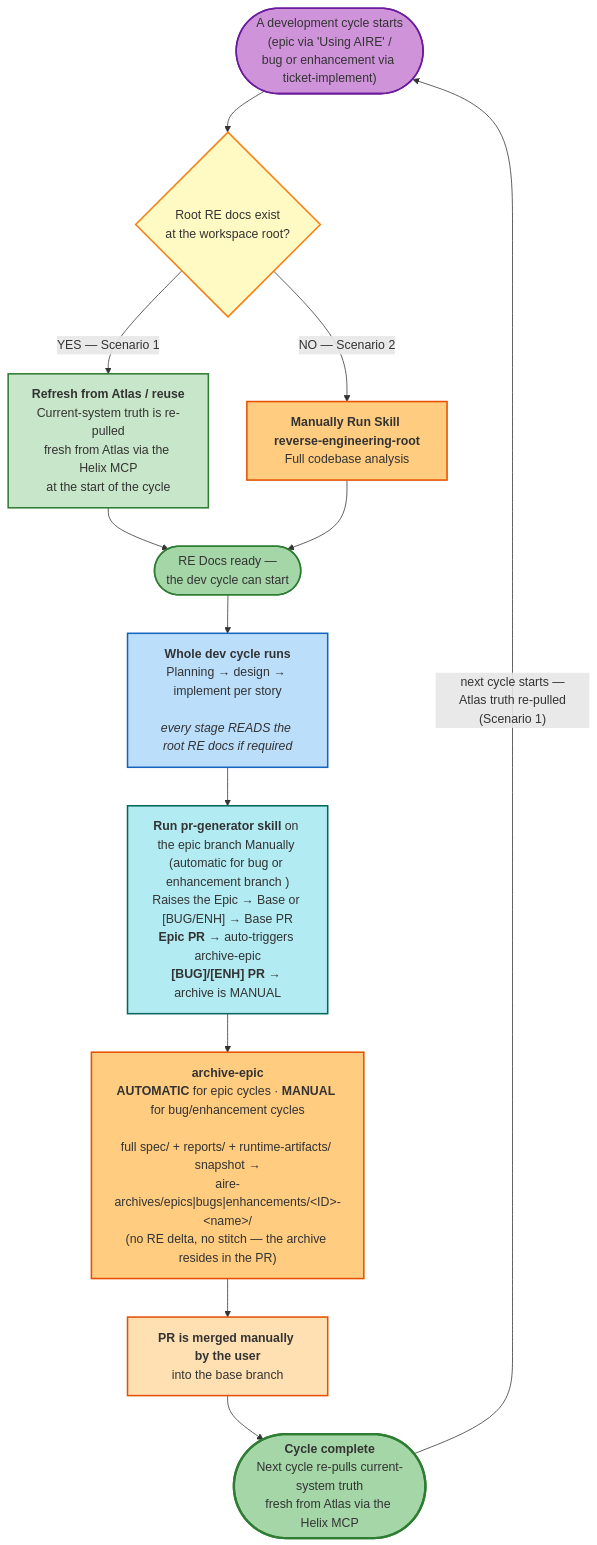
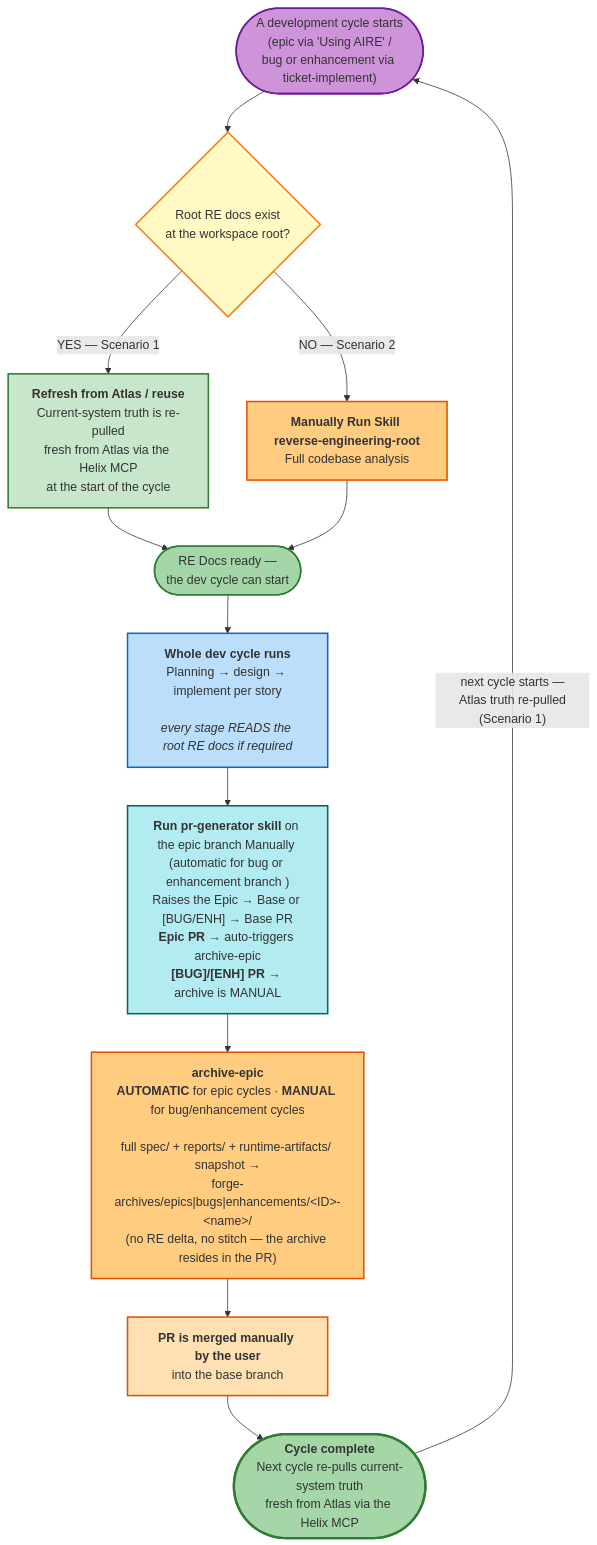
One commit to Revantabiswas/conduit-helix-test changed the seventh of 13 diagrams in forge-workflow/aire-workflow-diagram.md. Above: the diagram before and after it, drawn with Mermaid. The commit also changed other lines of this file and 24 other files, not shown here.

````diff
--- a/forge-workflow/aire-workflow-diagram.md
+++ b/forge-workflow/aire-workflow-diagram.md
@@ -1175,36 +1175,36 @@
 ```mermaid
 flowchart TD
     START(["A development cycle starts<br/>(epic via 'Using AIRE' /<br/>bug or enhancement via ticket-implement)"])
 
     START --> EXIST{"Root RE docs exist<br/>at the workspace root?"}
 
     EXIST -->|"YES — Scenario 1"| REUSE["<b>Refresh from Atlas / reuse</b><br/>Current-system truth is re-pulled<br/>fresh from Atlas via the Helix MCP<br/>at the start of the cycle"]
 
     EXIST -->|"NO — Scenario 2"| RROOT["<b>Manually Run Skill reverse-engineering-root</b><br/>Full codebase analysis"]
 
     REUSE --> READY(["RE Docs ready —<br/>the dev cycle can start"])
     RROOT --> READY
 
     READY --> DEV["<b>Whole dev cycle runs</b><br/>Planning → design → implement per story<br/><br/><i>every stage READS the root RE docs if required</i>"]
 
     DEV --> PRGEN["<b>Run pr-generator skill</b> on the epic branch Manually (automatic for bug or enhancement branch )<br/>Raises the Epic → Base or [BUG/ENH] → Base PR<br/><b>Epic PR</b> → auto-triggers archive-epic<br/><b>[BUG]/[ENH] PR</b> → archive is MANUAL"]
 
-    PRGEN --> ARCHIVE["<b>archive-epic</b><br/><b>AUTOMATIC</b> for epic cycles · <b>MANUAL</b> for bug/enhancement cycles<br/><i></i><br/>full spec/ + reports/ + runtime-artifacts/ snapshot →<br/>aire-archives/epics|bugs|enhancements/&lt;ID&gt;-&lt;name&gt;/<br/>(no RE delta, no stitch — the archive resides in the PR)"]
+    PRGEN --> ARCHIVE["<b>archive-epic</b><br/><b>AUTOMATIC</b> for epic cycles · <b>MANUAL</b> for bug/enhancement cycles<br/><i></i><br/>full spec/ + reports/ + runtime-artifacts/ snapshot →<br/>forge-archives/epics|bugs|enhancements/&lt;ID&gt;-&lt;name&gt;/<br/>(no RE delta, no stitch — the archive resides in the PR)"]
 
     ARCHIVE --> MERGE["<b>PR is merged manually by the user</b><br/>into the base branch"]
 
     MERGE --> FRESH(["<b>Cycle complete</b><br/>Next cycle re-pulls current-system truth<br/>fresh from Atlas via the Helix MCP"])
 
     FRESH -->|"next cycle starts —<br/> Atlas truth re-pulled (Scenario 1)"| START
 
     style START fill:#CE93D8,stroke:#6A1B9A,stroke-width:2px
     style EXIST fill:#FFF9C4,stroke:#F57F17,stroke-width:2px
     style REUSE fill:#C8E6C9,stroke:#2E7D32,stroke-width:2px
     style RROOT fill:#FFCC80,stroke:#E65100,stroke-width:2px
     style READY fill:#A5D6A7,stroke:#2E7D32,stroke-width:2px
     style DEV fill:#BBDEFB,stroke:#1565C0,stroke-width:2px
     style PRGEN fill:#B2EBF2,stroke:#00695C,stroke-width:2px
     style ARCHIVE fill:#FFCC80,stroke:#E65100,stroke-width:2px
     style MERGE fill:#FFE0B2,stroke:#E65100,stroke-width:2px
     style FRESH fill:#A5D6A7,stroke:#2E7D32,stroke-width:3px
 ```
````
